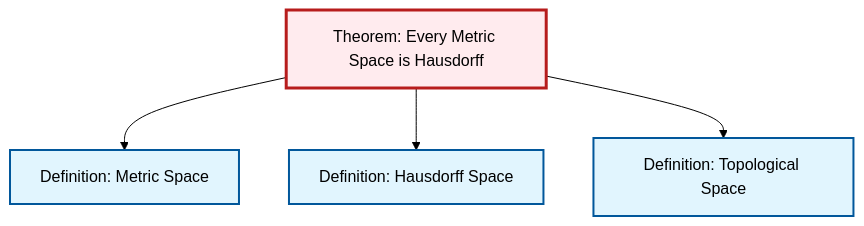
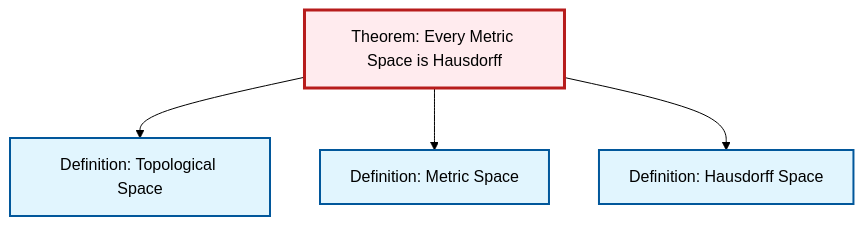
Before and after one commit to RK0429/ModernMath: the diagram in content/ja/topology/thm-metric-hausdorff.qmd, drawn with Mermaid (forest theme). The commit also changed other lines of this file and 531 other files, not shown here.

````diff
--- a/content/ja/topology/thm-metric-hausdorff.qmd
+++ b/content/ja/topology/thm-metric-hausdorff.qmd
@@ -63,20 +63,20 @@
 ```{mermaid}
 %%| fig-cap: "Local dependency graph"
 graph TD
     classDef definition fill:#e1f5fe,stroke:#01579b,stroke-width:2px
     classDef theorem fill:#f3e5f5,stroke:#4a148c,stroke-width:2px
     classDef axiom fill:#fff3e0,stroke:#e65100,stroke-width:2px
     classDef example fill:#e8f5e9,stroke:#1b5e20,stroke-width:2px
     classDef current fill:#ffebee,stroke:#b71c1c,stroke-width:3px
     thm-metric-hausdorff["Theorem: Every Metric Space is Hausdorff"]:::theorem
     def-metric-space["Definition: Metric Space"]:::definition
+    def-topological-space["Definition: Topological Space"]:::definition
     def-hausdorff["Definition: Hausdorff Space"]:::definition
-    def-topological-space["Definition: Topological Space"]:::definition
+    thm-metric-hausdorff --> def-topological-space
     thm-metric-hausdorff --> def-metric-space
     thm-metric-hausdorff --> def-hausdorff
-    thm-metric-hausdorff --> def-topological-space
     class thm-metric-hausdorff current
     click def-metric-space "def-metric-space.html" "Definition: Metric Spaceへ"
+    click def-topological-space "def-topological-space.html" "Definition: Topological Spaceへ"
     click def-hausdorff "def-hausdorff.html" "Definition: Hausdorff Spaceへ"
-    click def-topological-space "def-topological-space.html" "Definition: Topological Spaceへ"
 ```
````
